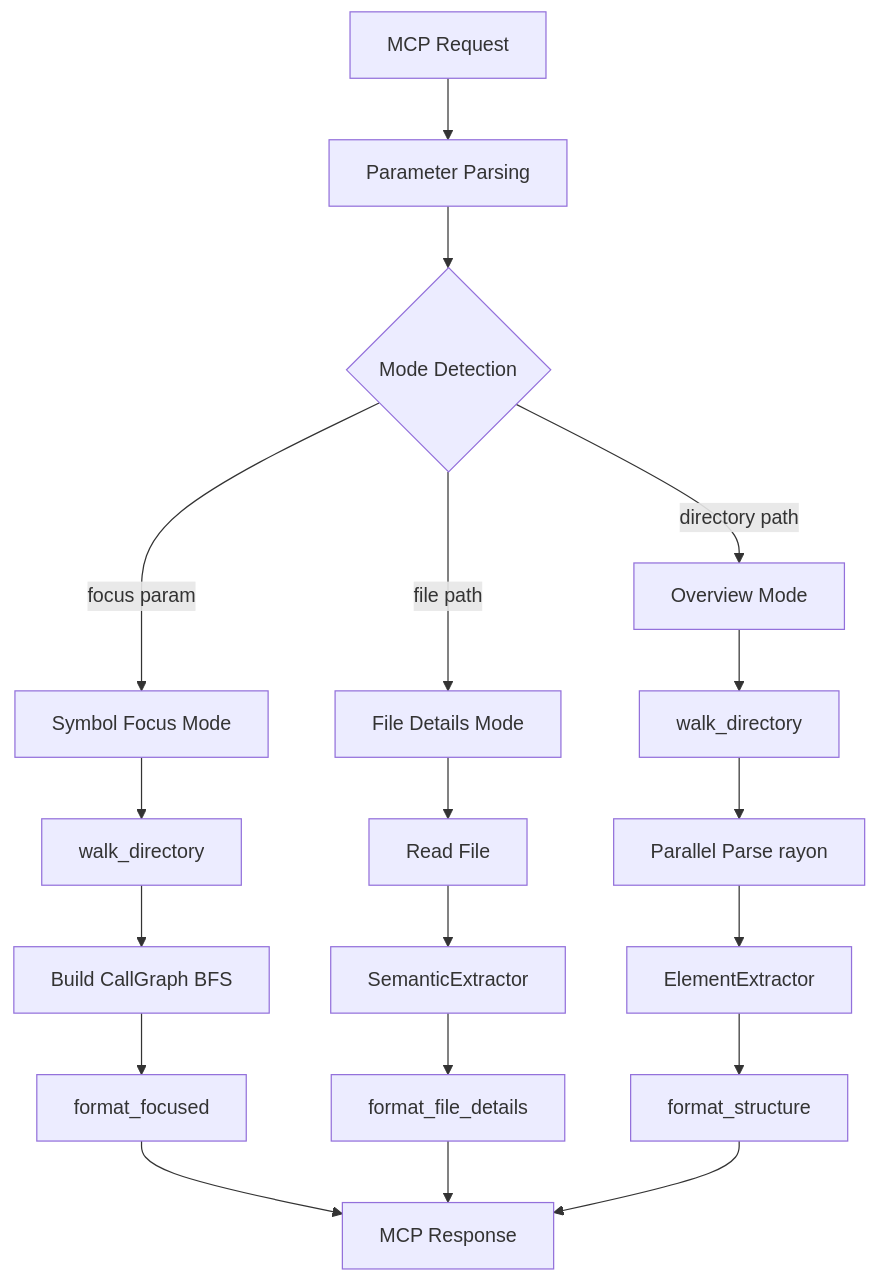
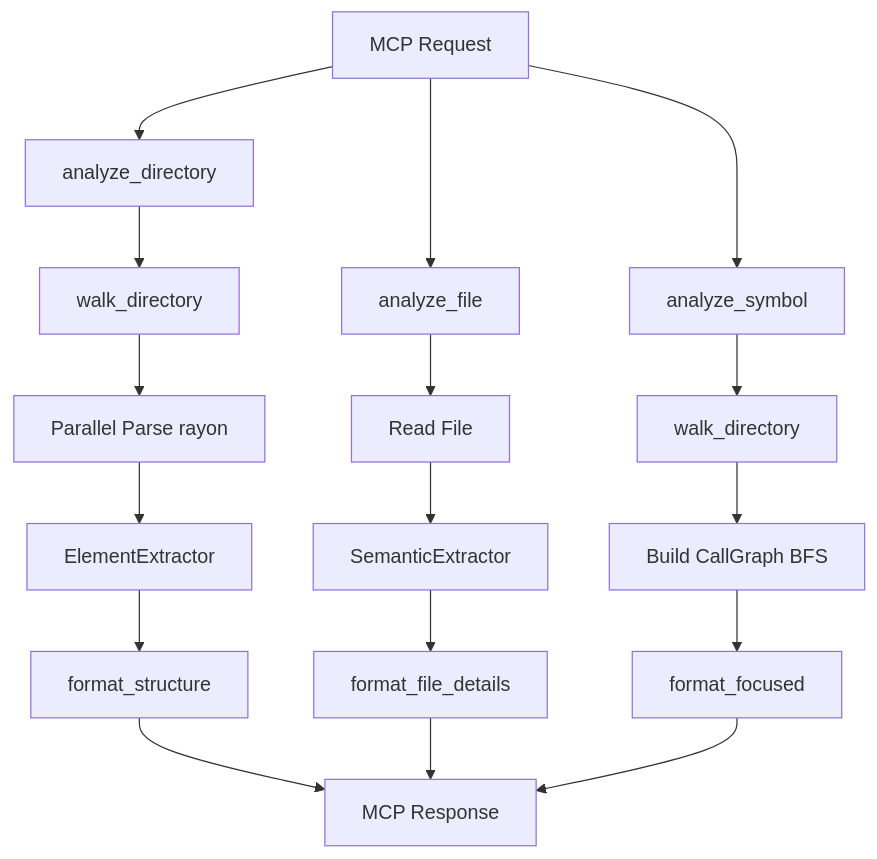
The diagram in docs/ARCHITECTURE.md (clouatre-labs/code-analyze-mcp), drawn with Mermaid before and after one commit. The commit also changed other lines of this file and 1 other file, not shown here.

First line of the commit message:
docs: update README and ARCHITECTURE for three-tool interface

````diff
--- a/docs/ARCHITECTURE.md
+++ b/docs/ARCHITECTURE.md
@@ -30,21 +30,19 @@
 ```mermaid
 graph TD
-    A["MCP Request"] --> B["Parameter Parsing"]
-    B --> C{"Mode Detection"}
-    C -->|focus param| D["Symbol Focus Mode"]
-    C -->|file path| E["File Details Mode"]
-    C -->|directory path| F["Overview Mode"]
-    D --> G["walk_directory"]
-    G --> H["Build CallGraph BFS"]
-    H --> I["format_focused"]
-    E --> J["Read File"]
-    J --> K["SemanticExtractor"]
-    K --> L["format_file_details"]
-    F --> M["walk_directory"]
+    A["MCP Request"] --> B1["analyze_directory"]
+    A --> B2["analyze_file"]
+    A --> B3["analyze_symbol"]
+    B1 --> M["walk_directory"]
     M --> N["Parallel Parse rayon"]
     N --> O["ElementExtractor"]
     O --> P["format_structure"]
-    I --> Q["MCP Response"]
+    B2 --> J["Read File"]
+    J --> K["SemanticExtractor"]
+    K --> L["format_file_details"]
+    B3 --> G["walk_directory"]
+    G --> H["Build CallGraph BFS"]
+    H --> I["format_focused"]
+    P --> Q["MCP Response"]
     L --> Q
-    P --> Q
+    I --> Q
 ```
````
